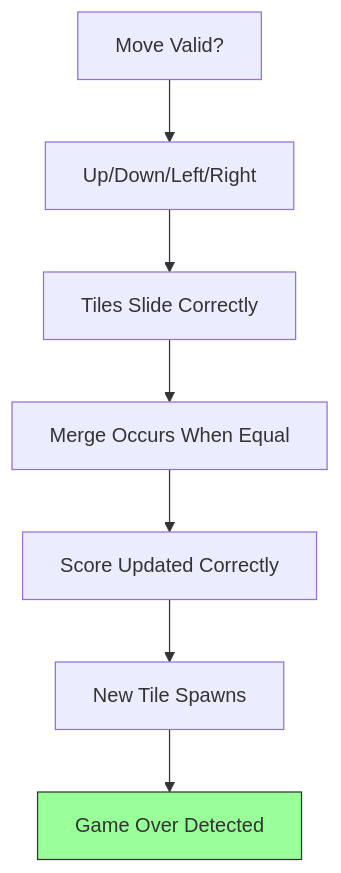
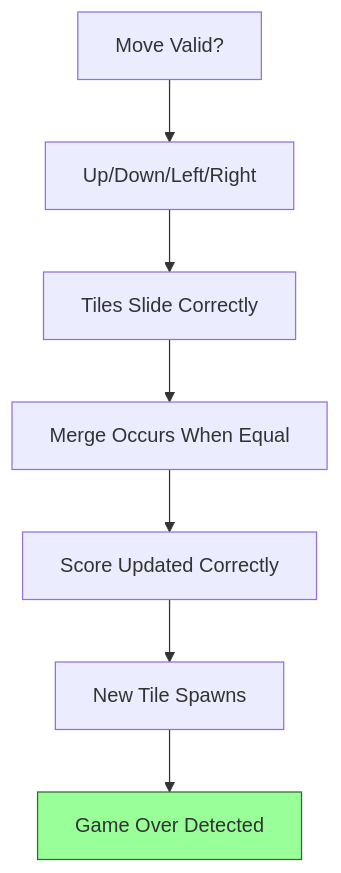
The second of 6 diagrams in plans/09-Quality/02-Validation/02-game-validation.md (Evintkoo/2048-ml), drawn with Mermaid before and after one commit. The commit also changed other lines of this file and 144 other files, not shown here.

````diff
--- a/plans/09-Quality/02-Validation/02-game-validation.md
+++ b/plans/09-Quality/02-Validation/02-game-validation.md
@@ -58,11 +58,11 @@
 ```mermaid
 graph TD
     A[Move Valid?] --> B[Up/Down/Left/Right]
     B --> C[Tiles Slide Correctly]
     C --> D[Merge Occurs When Equal]
     D --> E[Score Updated Correctly]
     E --> F[New Tile Spawns]
     F --> G[Game Over Detected]
     
-    style G fill:#9f9,stroke:#333
+    style G fill:#9f9,stroke:#363
 ```
````
